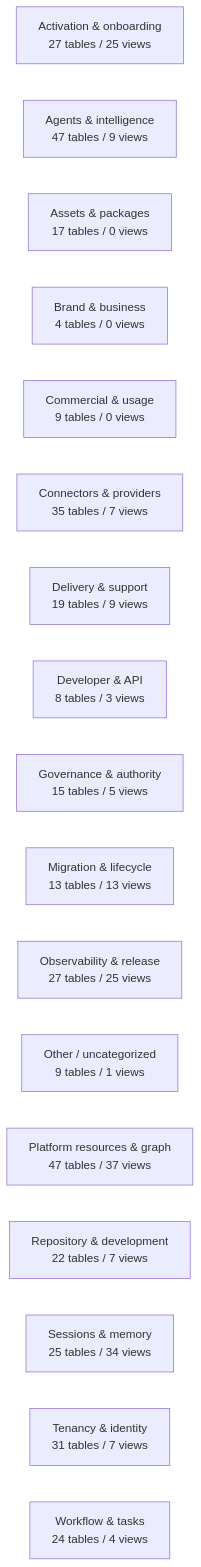
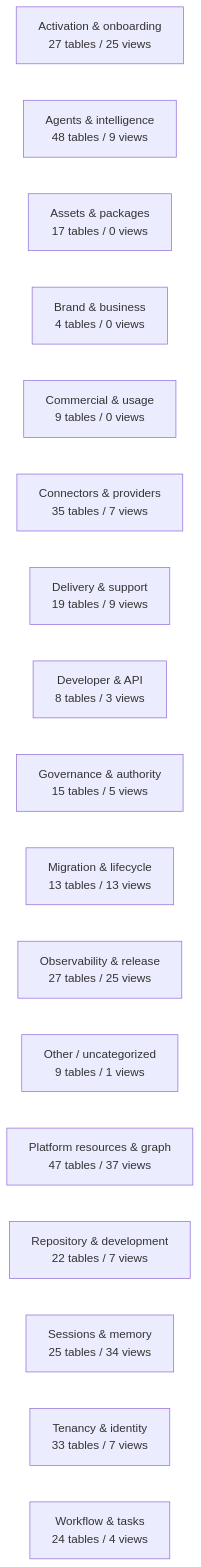
The diagram in docs/work-maps/data-model-domain-map.md (mad4bdigital-ai/multi-business-multi-role-growth-intelligence-os), drawn with Mermaid before and after one commit. The commit also changed other lines of this file and 4 other files, not shown here.

````diff
--- a/docs/work-maps/data-model-domain-map.md
+++ b/docs/work-maps/data-model-domain-map.md
@@ -9,20 +9,20 @@
 ```mermaid
 flowchart LR
   n_Activation___onboarding["Activation & onboarding<br/>27 tables / 25 views"]
-  n_Agents___intelligence["Agents & intelligence<br/>47 tables / 9 views"]
+  n_Agents___intelligence["Agents & intelligence<br/>48 tables / 9 views"]
   n_Assets___packages["Assets & packages<br/>17 tables / 0 views"]
   n_Brand___business["Brand & business<br/>4 tables / 0 views"]
   n_Commercial___usage["Commercial & usage<br/>9 tables / 0 views"]
   n_Connectors___providers["Connectors & providers<br/>35 tables / 7 views"]
   n_Delivery___support["Delivery & support<br/>19 tables / 9 views"]
   n_Developer___API["Developer & API<br/>8 tables / 3 views"]
   n_Governance___authority["Governance & authority<br/>15 tables / 5 views"]
   n_Migration___lifecycle["Migration & lifecycle<br/>13 tables / 13 views"]
   n_Observability___release["Observability & release<br/>27 tables / 25 views"]
   n_Other___uncategorized["Other / uncategorized<br/>9 tables / 1 views"]
   n_Platform_resources___graph["Platform resources & graph<br/>47 tables / 37 views"]
   n_Repository___development["Repository & development<br/>22 tables / 7 views"]
   n_Sessions___memory["Sessions & memory<br/>25 tables / 34 views"]
-  n_Tenancy___identity["Tenancy & identity<br/>31 tables / 7 views"]
+  n_Tenancy___identity["Tenancy & identity<br/>33 tables / 7 views"]
   n_Workflow___tasks["Workflow & tasks<br/>24 tables / 4 views"]
 ```
````
